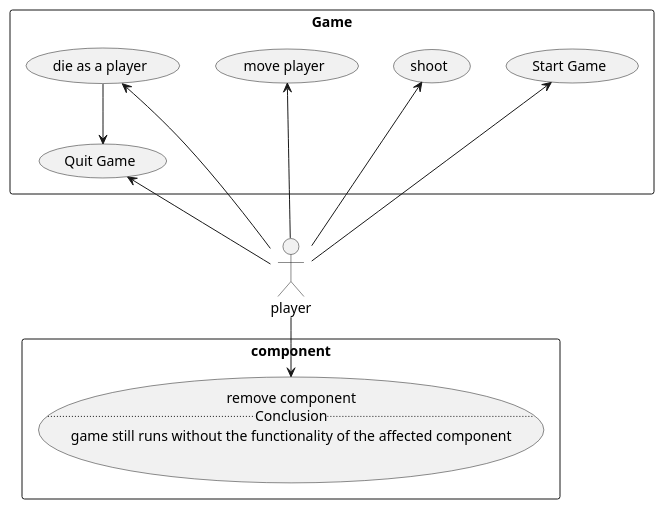
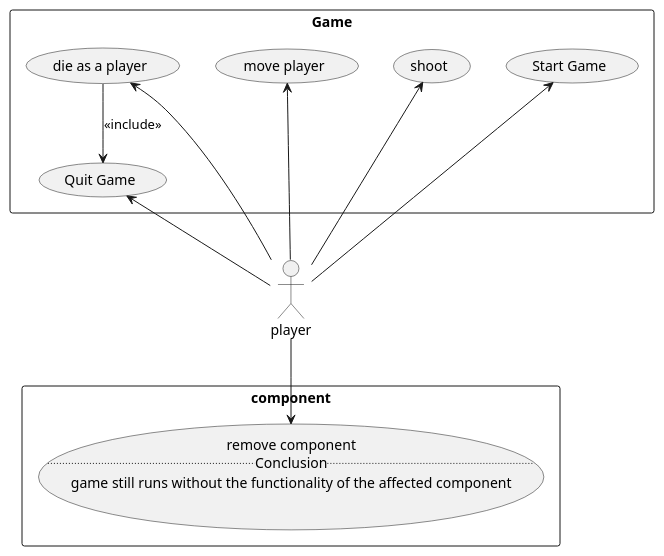
One commit to OthelloEngineer/component-oriented-portofolio changed the diagram in diagrams/usecase.puml. Above: the diagram before and after it, drawn with PlantUML. The commit also changed 14 other files, not shown here.

```diff
--- a/diagrams/usecase.puml
+++ b/diagrams/usecase.puml
@@ -1,27 +1,27 @@
 @startuml
 actor player as p
 
 rectangle "Game" {
   usecase "Start Game" as start
   usecase "Quit Game" as quit
   usecase "shoot" as shoot
   usecase "move player" as move
   usecase "die as a player" as die
 }
 'adjust the usecases inside Game rectangle vertically'
 rectangle "component"{
  usecase remove as "remove component
  ..Conclusion..
  game still runs without the functionality of the affected component"
 }
 
 'please format this better'
 p -u-> start
 p -u-> quit
 p -u-> shoot
 p -u-> move
 p -u-> die
 p -d-> remove
-die -d-> quit
+die -d-> quit: <<include>>
 
 @enduml
```
